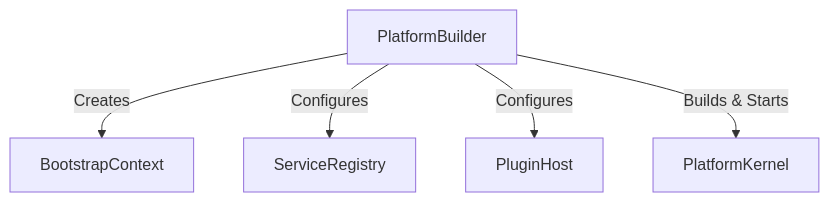
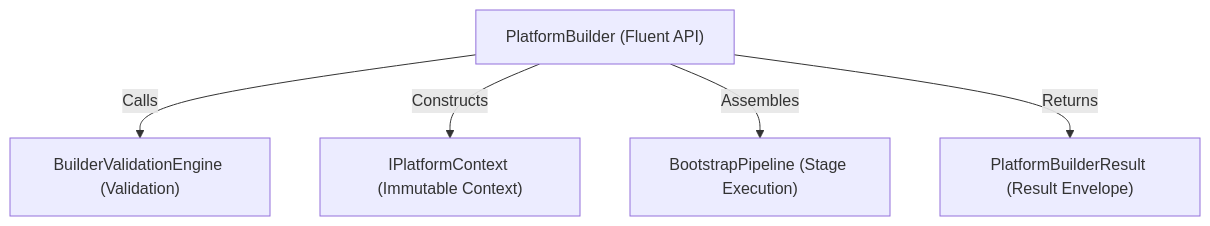
The diagram in docs/Platform Builder.md (aymwoo/OpenLearn-Next-V2), drawn with Mermaid before and after one commit. The commit also changed other lines of this file and 6 other files, not shown here.

Commit message:
feat(kernel): implement platform builder (PI-004)

````diff
--- a/docs/Platform Builder.md
+++ b/docs/Platform Builder.md
@@ -11,13 +13,13 @@
 ```mermaid
 graph TD
-    PlatformBuilder["PlatformBuilder"]
-    BootstrapContext["BootstrapContext"]
-    ServiceRegistry["ServiceRegistry"]
-    PluginHost["PluginHost"]
-    PlatformKernel["PlatformKernel"]
+    PlatformBuilder["PlatformBuilder (Fluent API)"]
+    ValidationEngine["BuilderValidationEngine (Validation)"]
+    BuilderResult["PlatformBuilderResult (Result Envelope)"]
+    PlatformContext["IPlatformContext (Immutable Context)"]
+    BootstrapPipeline["BootstrapPipeline (Stage Execution)"]
 
-    PlatformBuilder -->|Creates| BootstrapContext
-    PlatformBuilder -->|Configures| ServiceRegistry
-    PlatformBuilder -->|Configures| PluginHost
-    PlatformBuilder -->|Builds & Starts| PlatformKernel
+    PlatformBuilder -->|Calls| ValidationEngine
+    PlatformBuilder -->|Constructs| PlatformContext
+    PlatformBuilder -->|Assembles| BootstrapPipeline
+    PlatformBuilder -->|Returns| BuilderResult
 ```
````
